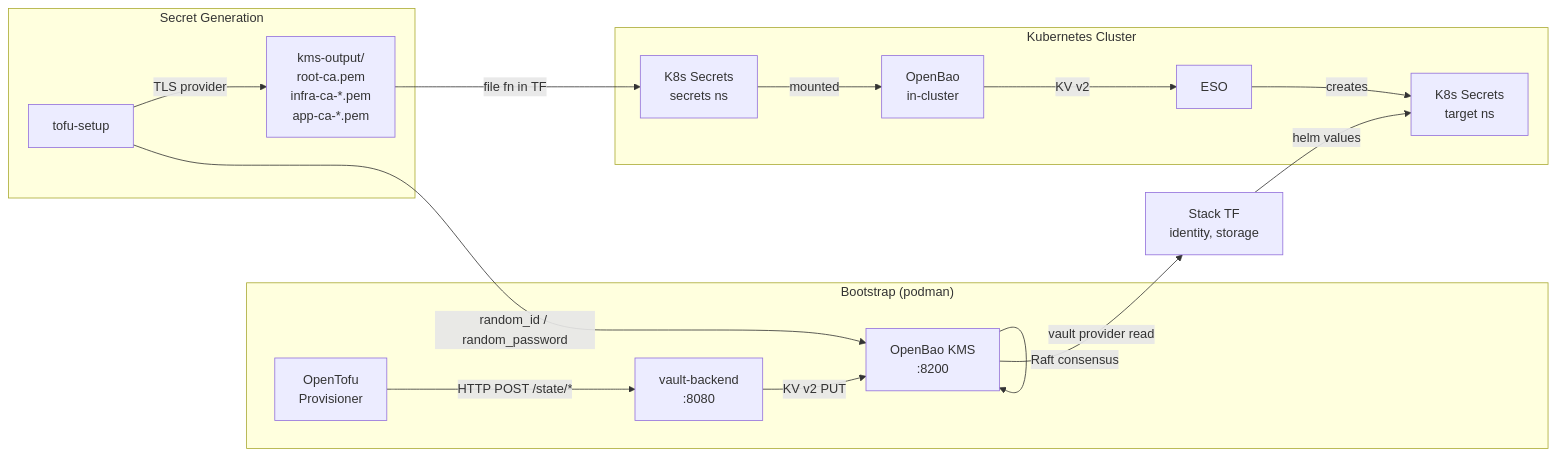
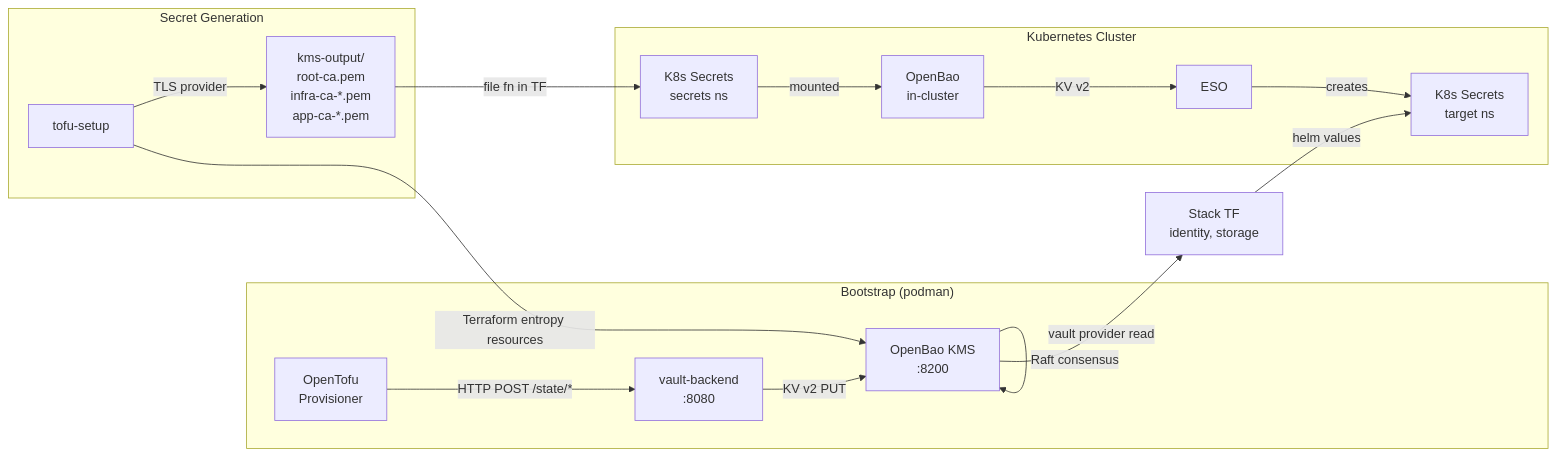
One commit to Destynova2/st4ck changed the third of 14 diagrams in docs/design/001-hld-lld.md. Above: the diagram before and after it, drawn with Mermaid. The commit also changed other lines of this file and 25 other files, not shown here.

````diff
--- a/docs/design/001-hld-lld.md
+++ b/docs/design/001-hld-lld.md
@@ -281,23 +281,23 @@
 ```mermaid
 graph LR
     subgraph "Bootstrap (podman)"
         TF_PROV["OpenTofu<br/>Provisioner"] -->|HTTP POST /state/*| VB["vault-backend<br/>:8080"]
         VB -->|KV v2 PUT| BAO["OpenBao KMS<br/>:8200"]
         BAO -->|Raft consensus| BAO
     end
 
     subgraph "Secret Generation"
-        SETUP["tofu-setup"] -->|random_id / random_password| BAO
+        SETUP["tofu-setup"] -->|Terraform entropy resources| BAO
         SETUP -->|TLS provider| PKI_FILES["kms-output/<br/>root-ca.pem<br/>infra-ca-*.pem<br/>app-ca-*.pem"]
     end
 
     subgraph "Kubernetes Cluster"
         K8S_SEC["K8s Secrets<br/>secrets ns"] -->|mounted| OPENBAO_IC["OpenBao<br/>in-cluster"]
         OPENBAO_IC -->|KV v2| ESO["ESO"]
         ESO -->|creates| K8S_SEC2["K8s Secrets<br/>target ns"]
     end
 
     PKI_FILES -->|file fn in TF| K8S_SEC
     BAO -->|vault provider read| TF_STACKS["Stack TF<br/>identity, storage"]
     TF_STACKS -->|helm values| K8S_SEC2
 ```
````
